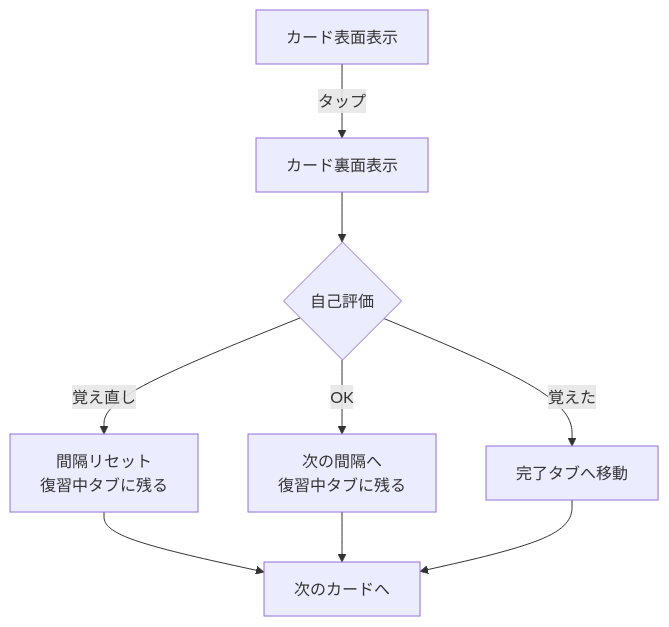
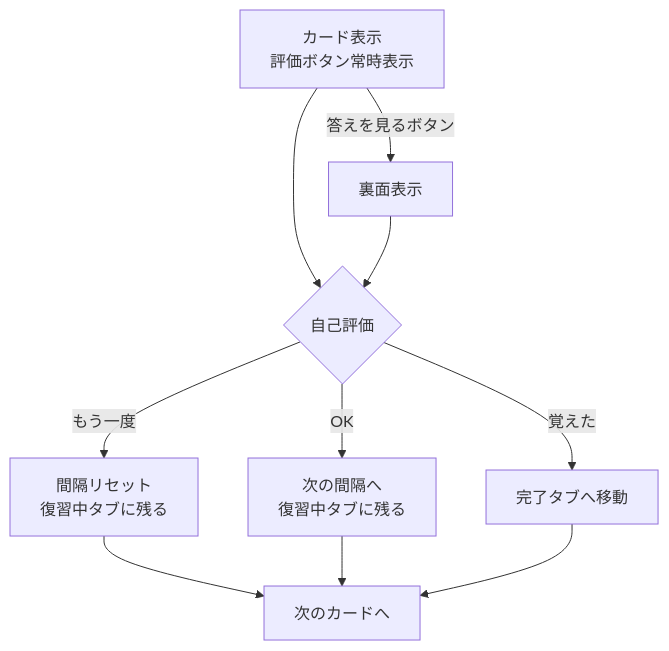
The third of 5 diagrams in docs/screens/flow.md (shinji-hayamizu/ReSave), drawn with Mermaid before and after one commit. The commit also changed other lines of this file and 11 other files, not shown here.

````diff
--- a/docs/screens/flow.md
+++ b/docs/screens/flow.md
@@ -113,13 +113,15 @@
 ```mermaid
 flowchart TD
-    ShowCard[カード表面表示] -->|タップ| ShowAnswer[カード裏面表示]
+    ShowCard[カード表示<br/>評価ボタン常時表示] -->|答えを見るボタン| ShowAnswer[裏面表示]
 
-    ShowAnswer --> Evaluate{自己評価}
-    Evaluate -->|覚え直し| Reset[間隔リセット<br/>復習中タブに残る]
+    ShowCard --> Evaluate{自己評価}
+    ShowAnswer --> Evaluate
+
+    Evaluate -->|もう一度| Reset[間隔リセット<br/>復習中タブに残る]
     Evaluate -->|OK| Next[次の間隔へ<br/>復習中タブに残る]
     Evaluate -->|覚えた| Complete[完了タブへ移動]
 
     Reset --> NextCard[次のカードへ]
     Next --> NextCard
     Complete --> NextCard
 ```
````
